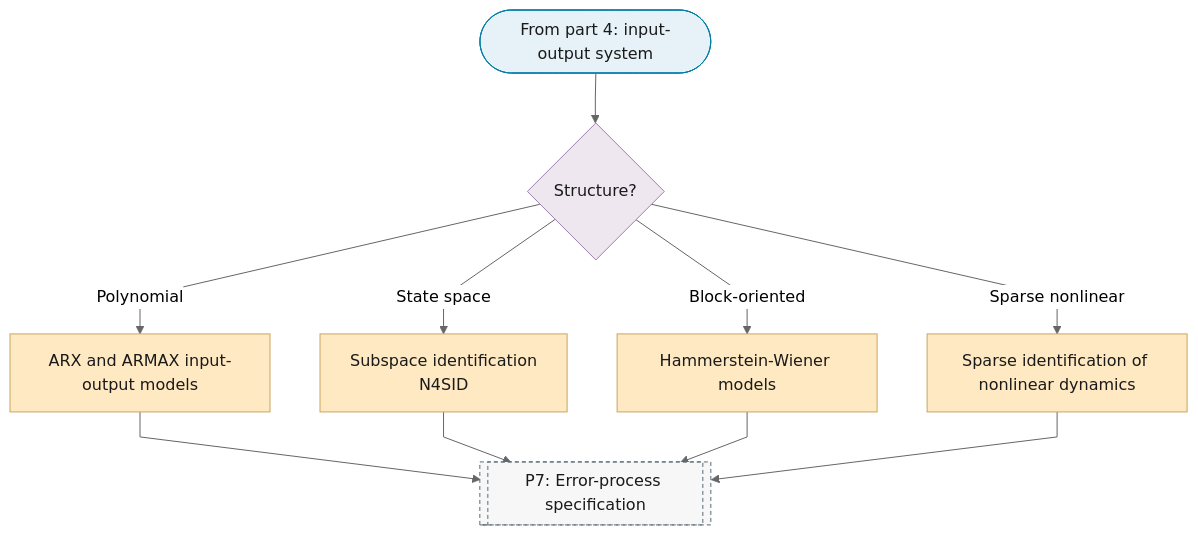
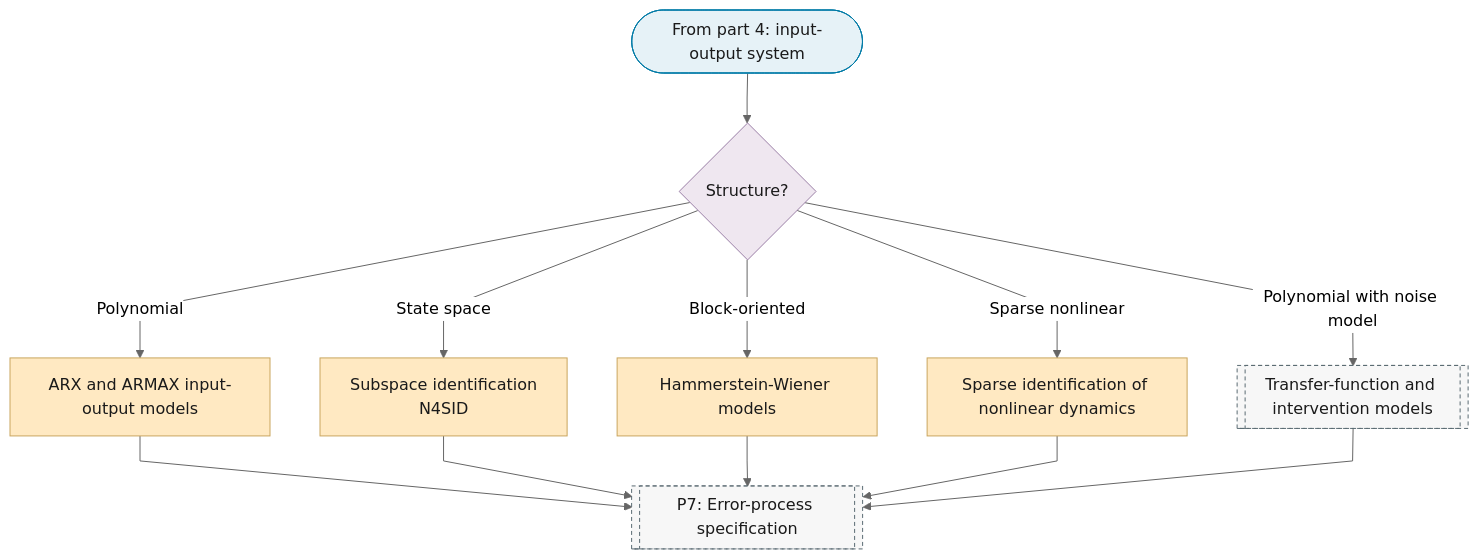
One commit to Shuxin-Y/time-series-analysis-manual changed the eighth of 10 diagrams in docs/01-workflow/p06-mean-model-class.md. Above: the diagram before and after it, drawn with Mermaid (neutral theme). The commit also changed 6 other files, not shown here.

First line of the commit message:
fix(flowchart): each pooling, filter and transfer-function choice has one place (rev2 N1, N2, N3, N4)

````diff
--- a/docs/01-workflow/p06-mean-model-class.md
+++ b/docs/01-workflow/p06-mean-model-class.md
@@ -218,22 +218,23 @@
 ```mermaid
 %%{init: {"flowchart": {"curve": "linear"}}}%%
 graph TD
     P6_PART_8_IN(["From part 4: input-output system"]) --> P6_IO_STRUCTURE{"Structure?"}
     P6_IO_STRUCTURE -->|"Polynomial"| P6_ARX_ARMAX["ARX and ARMAX input-output models"]
     P6_IO_STRUCTURE -->|"State space"| P6_SUBSPACE["Subspace identification<br/>N4SID"]
     P6_IO_STRUCTURE -->|"Block-oriented"| P6_HAMMERSTEIN_WIENER["Hammerstein-Wiener models"]
     P6_IO_STRUCTURE -->|"Sparse nonlinear"| P6_SINDY["Sparse identification of nonlinear dynamics"]
-    P6_ARX_ARMAX & P6_SUBSPACE & P6_HAMMERSTEIN_WIENER & P6_SINDY --> P7[["P7: Error-process specification"]]
+    P6_IO_STRUCTURE -->|"Polynomial with noise model"| P6_TRANSFER_FUNCTION[["Transfer-function and intervention models"]]
+    P6_ARX_ARMAX & P6_SUBSPACE & P6_HAMMERSTEIN_WIENER & P6_SINDY & P6_TRANSFER_FUNCTION --> P7[["P7: Error-process specification"]]
     class P6_ARX_ARMAX,P6_SUBSPACE,P6_HAMMERSTEIN_WIENER,P6_SINDY escalate
     class P6_PART_8_IN terminator
     class P6_IO_STRUCTURE decision
-    class P7 ref
+    class P6_TRANSFER_FUNCTION,P7 ref
     classDef terminator fill:#E6F2F7,stroke:#007BA7,color:#1A1A1A;
     classDef process fill:#FFFFFF,stroke:#5A6B73,color:#1A1A1A;
     classDef decision fill:#EFE7F0,stroke:#9B7FA7,color:#1A1A1A;
     classDef data fill:#FFF4E0,stroke:#C9A55E,color:#1A1A1A;
     classDef good fill:#DCEFD8,stroke:#4A7A3F,color:#1A1A1A;
     classDef escalate fill:#FFE9C2,stroke:#C9A55E,color:#1A1A1A;
     classDef problem fill:#F2D9DE,stroke:#800020,color:#1A1A1A;
     classDef ref fill:#F7F7F7,stroke:#5A6B73,color:#1A1A1A,stroke-dasharray:4 3;
 ```
````
